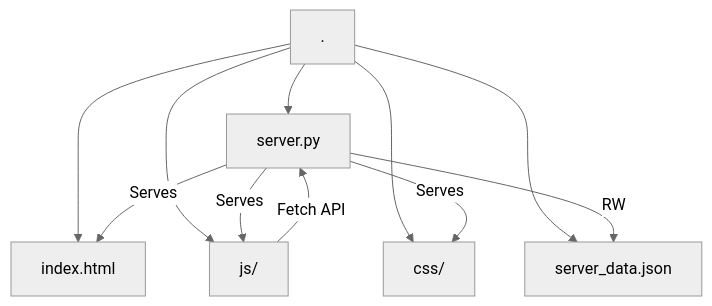
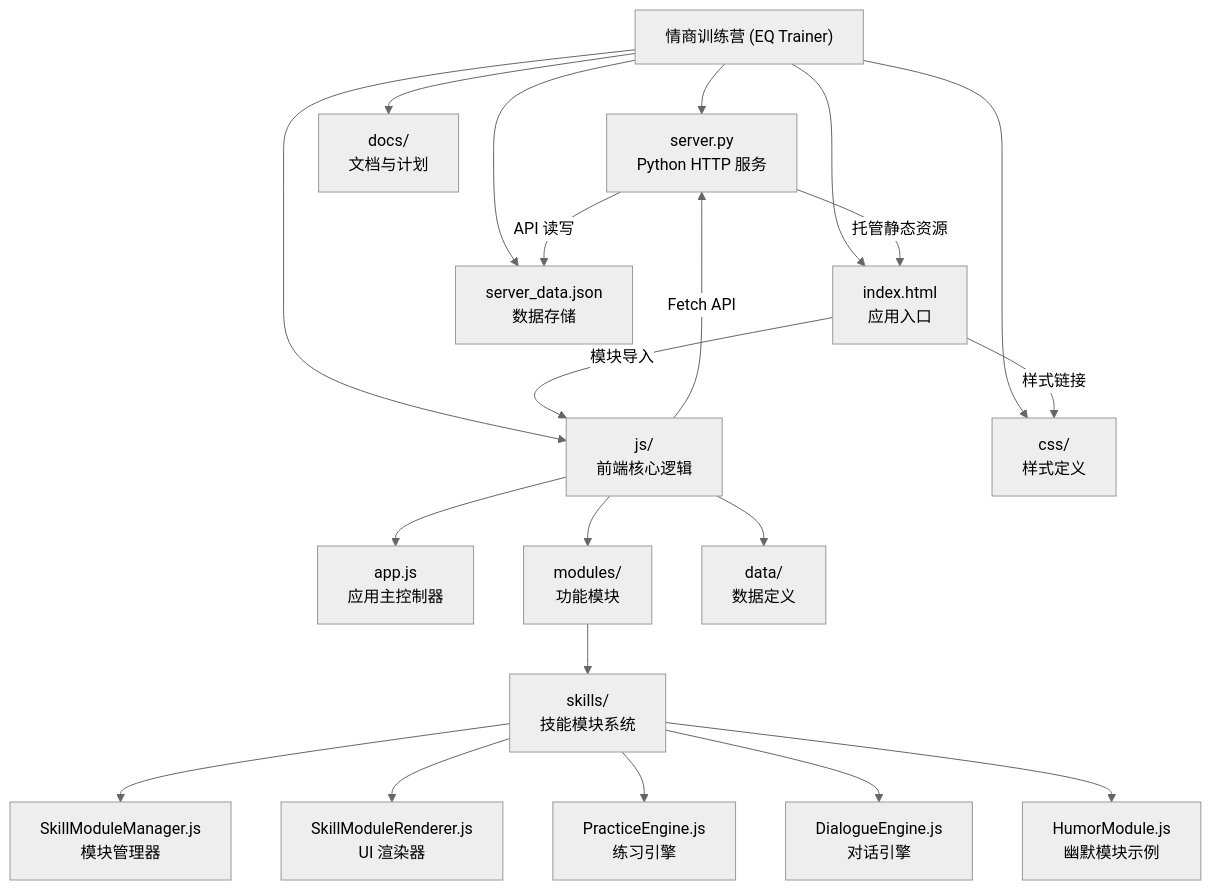
One commit to CmbyKail/Demo1 changed the first of 2 diagrams in CLAUDE.md. Above: the diagram before and after it, drawn with Mermaid (neutral theme). The commit also changed other lines of this file and 18 other files, not shown here.

First line of the commit message:
feat(skills): implement skills training system with theory-practice-realworld flow

````diff
--- a/CLAUDE.md
+++ b/CLAUDE.md
@@ -12,14 +32,29 @@
 ```mermaid
 graph TD
-    Root[.] --> Backend[server.py]
-    Root --> Frontend_Entry[index.html]
-    Root --> JS[js/]
-    Root --> CSS[css/]
-    Root --> Data[server_data.json]
+    Root["情商训练营 (EQ Trainer)"] --> Backend["server.py<br/>Python HTTP 服务"]
+    Root --> Frontend["index.html<br/>应用入口"]
+    Root --> JS["js/<br/>前端核心逻辑"]
+    Root --> CSS["css/<br/>样式定义"]
+    Root --> Data["server_data.json<br/>数据存储"]
+    Root --> Docs["docs/<br/>文档与计划"]
 
-    Backend -->|Serves| Frontend_Entry
-    Backend -->|Serves| JS
-    Backend -->|Serves| CSS
-    Backend -->|RW| Data
+    Backend -->|托管静态资源| Frontend
+    Backend -->|API 读写| Data
+    Frontend -->|模块导入| JS
+    Frontend -->|样式链接| CSS
     JS -->|Fetch API| Backend
+
+    JS --> JS_App["app.js<br/>应用主控制器"]
+    JS --> JS_Modules["modules/<br/>功能模块"]
+    JS --> JS_Data["data/<br/>数据定义"]
+
+    JS_Modules --> JS_Skills["skills/<br/>技能模块系统"]
+    JS_Skills --> JS_SkillMgr["SkillModuleManager.js<br/>模块管理器"]
+    JS_Skills --> JS_SkillRend["SkillModuleRenderer.js<br/>UI 渲染器"]
+    JS_Skills --> JS_Practice["PracticeEngine.js<br/>练习引擎"]
+    JS_Skills --> JS_Dialogue["DialogueEngine.js<br/>对话引擎"]
+    JS_Skills --> JS_Humor["HumorModule.js<br/>幽默模块示例"]
+
+    click JS_App "./js/CLAUDE.md" "查看 JS 模块文档"
+    click JS_Skills "./js/modules/skills/CLAUDE.md" "查看技能模块文档"
 ```
````
